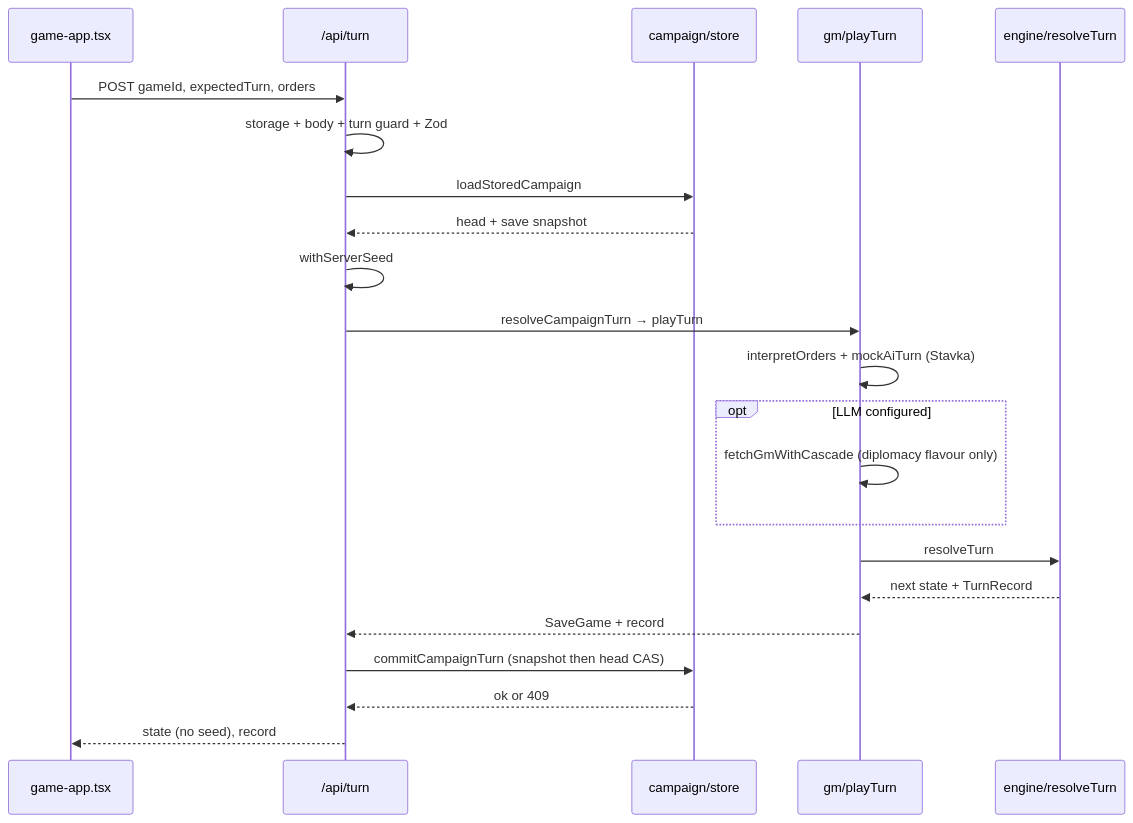
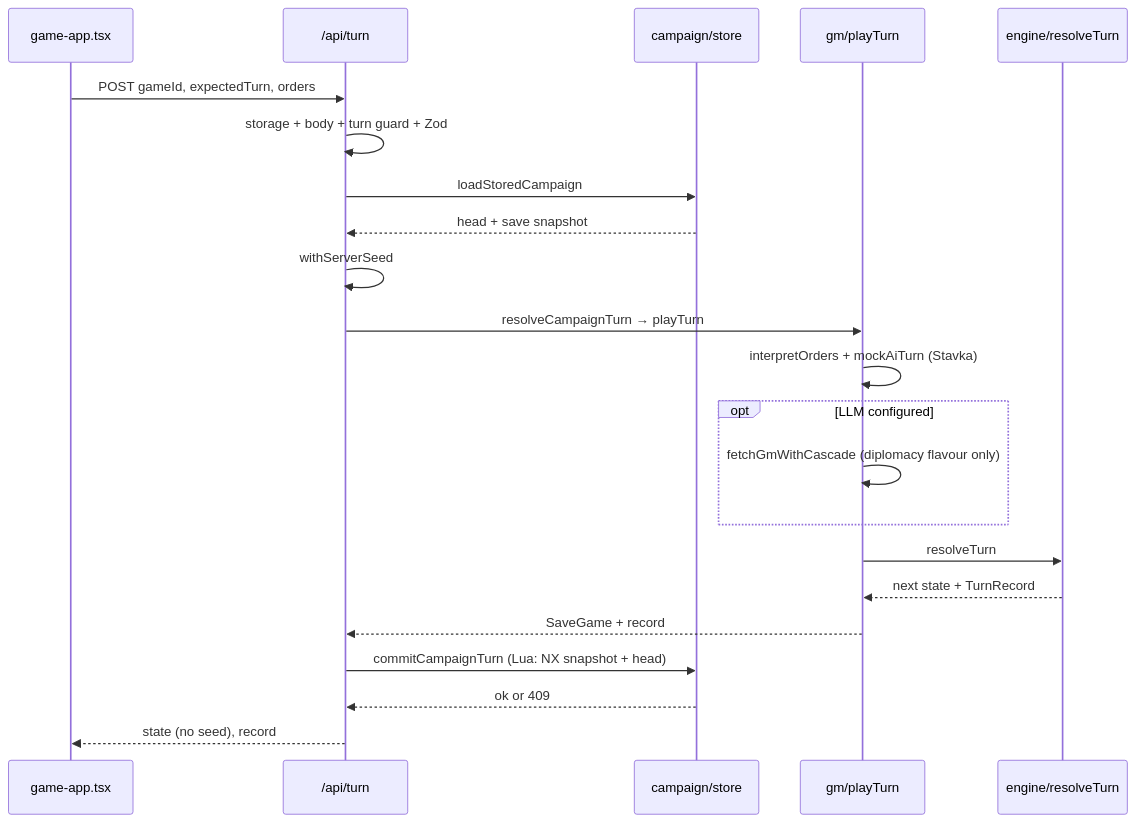
One commit to raymondymmak/ostfront changed the first of 2 diagrams in ARCHITECTURE.md. Above: the diagram before and after it, drawn with Mermaid. The commit also changed other lines of this file and 26 other files, not shown here.

````diff
--- a/ARCHITECTURE.md
+++ b/ARCHITECTURE.md
@@ -82,25 +83,25 @@
 ```mermaid
 sequenceDiagram
   participant UI as game-app.tsx
   participant API as /api/turn
   participant Store as campaign/store
   participant GM as gm/playTurn
   participant Eng as engine/resolveTurn
 
   UI->>API: POST gameId, expectedTurn, orders
   API->>API: storage + body + turn guard + Zod
   API->>Store: loadStoredCampaign
   Store-->>API: head + save snapshot
   API->>API: withServerSeed
   API->>GM: resolveCampaignTurn → playTurn
   GM->>GM: interpretOrders + mockAiTurn (Stavka)
   opt LLM configured
     GM->>GM: fetchGmWithCascade (diplomacy flavour only)
   end
   GM->>Eng: resolveTurn
   Eng-->>GM: next state + TurnRecord
   GM-->>API: SaveGame + record
-  API->>Store: commitCampaignTurn (snapshot then head CAS)
+  API->>Store: commitCampaignTurn (Lua: NX snapshot + head)
   Store-->>API: ok or 409
   API-->>UI: state (no seed), record
 ```
````
